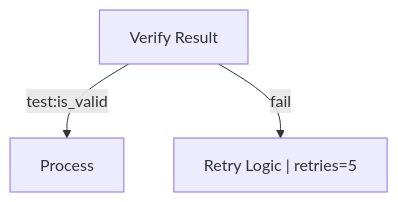
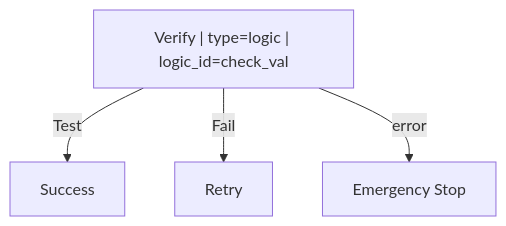
Before and after one commit to APAF-bioinformatics/HydraR: the fifth of 5 diagrams in notes/mermaid_orchestration_cheatsheet.md, drawn with Mermaid. The commit also changed other lines of this file and 24 other files, not shown here.

````diff
--- a/notes/mermaid_orchestration_cheatsheet.md
+++ b/notes/mermaid_orchestration_cheatsheet.md
@@ -79,6 +101,7 @@
 ```mermaid
 graph TD
-  Check["Verify Result"]
-  Check -- "test:is_valid" --> Success["Process"]
-  Check -- "fail" --> Fix["Retry Logic | retries=5"]
+  Check["Verify | type=logic | logic_id=check_val"]
+  Check -- "Test" --> Success
+  Check -- "Fail" --> Retry
+  Check -- "error" --> Halt["Emergency Stop"]
 ```
````
